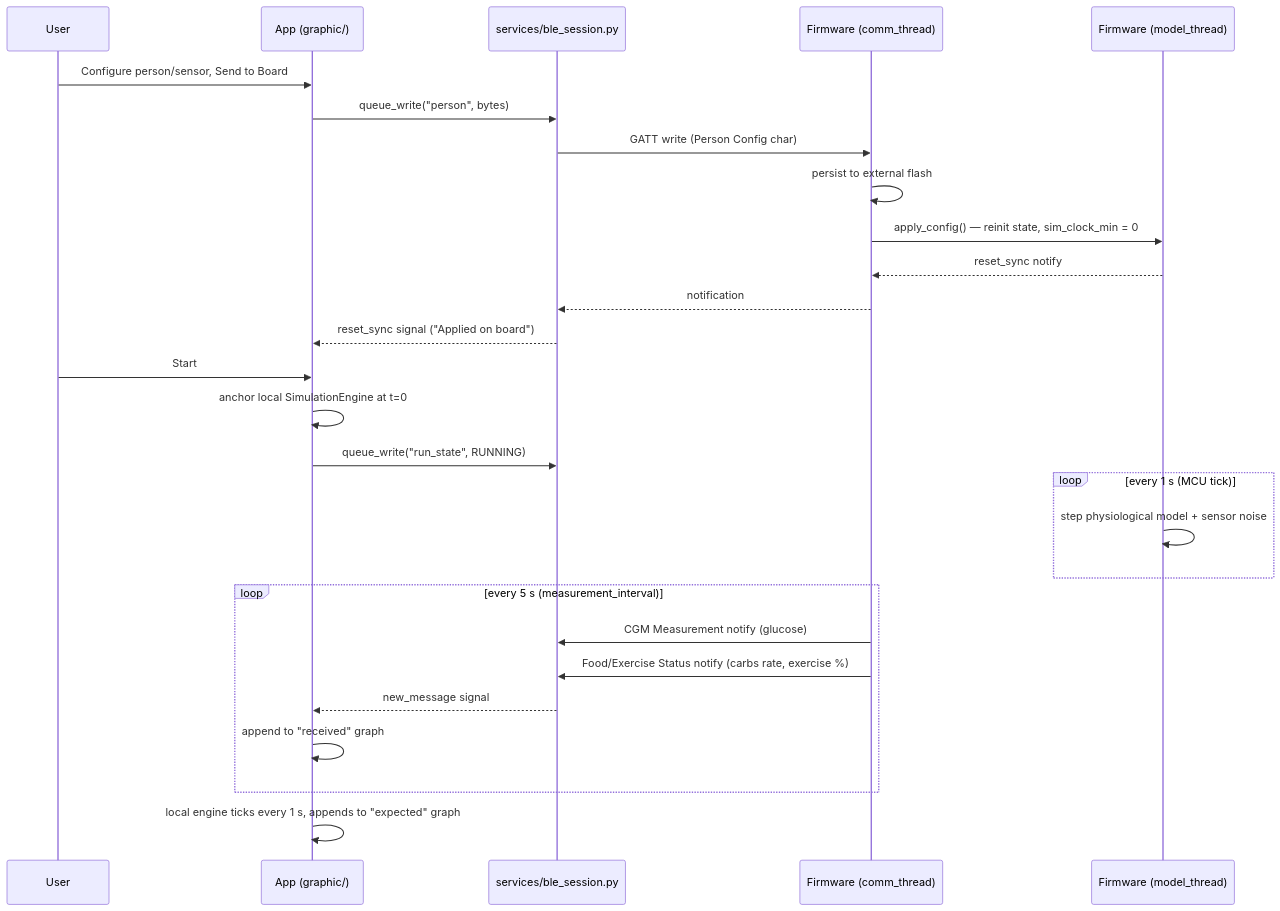
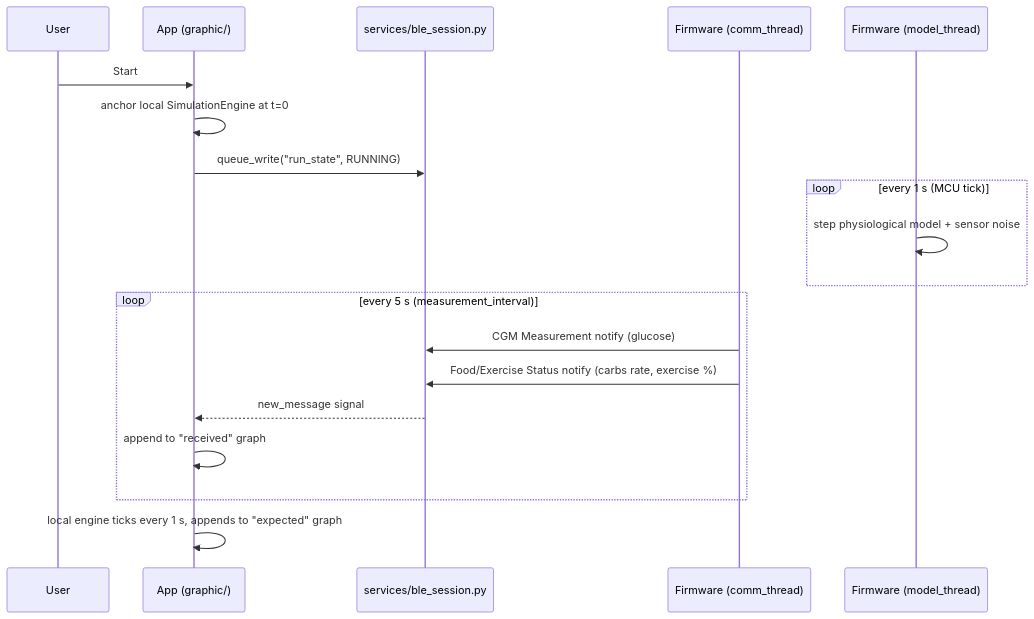
The first of 5 diagrams in docs/ARCHITECTURE.md (gomes717/SensorSimulator), drawn with Mermaid before and after one commit. The commit also changed other lines of this file and 15 other files, not shown here.

Commit message:
Add analytics, csv analysis, move to another screen the configuration person/sensor

````diff
--- a/docs/ARCHITECTURE.md
+++ b/docs/ARCHITECTURE.md
@@ -75,31 +80,22 @@
 ```mermaid
 sequenceDiagram
     participant U as User
     participant App as App (graphic/)
     participant BLE as services/ble_session.py
     participant FW as Firmware (comm_thread)
     participant Model as Firmware (model_thread)
-
-    U->>App: Configure person/sensor, Send to Board
-    App->>BLE: queue_write("person", bytes)
-    BLE->>FW: GATT write (Person Config char)
-    FW->>FW: persist to external flash
-    FW->>Model: apply_config() — reinit state, sim_clock_min = 0
-    Model-->>FW: reset_sync notify
-    FW-->>BLE: notification
-    BLE-->>App: reset_sync signal ("Applied on board")
 
     U->>App: Start
     App->>App: anchor local SimulationEngine at t=0
     App->>BLE: queue_write("run_state", RUNNING)
     loop every 1 s (MCU tick)
         Model->>Model: step physiological model + sensor noise
     end
     loop every 5 s (measurement_interval)
         FW->>BLE: CGM Measurement notify (glucose)
         FW->>BLE: Food/Exercise Status notify (carbs rate, exercise %)
         BLE-->>App: new_message signal
         App->>App: append to "received" graph
     end
     App->>App: local engine ticks every 1 s, appends to "expected" graph
 ```
````
